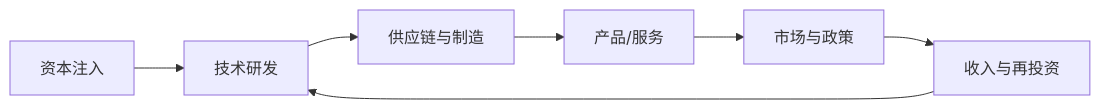
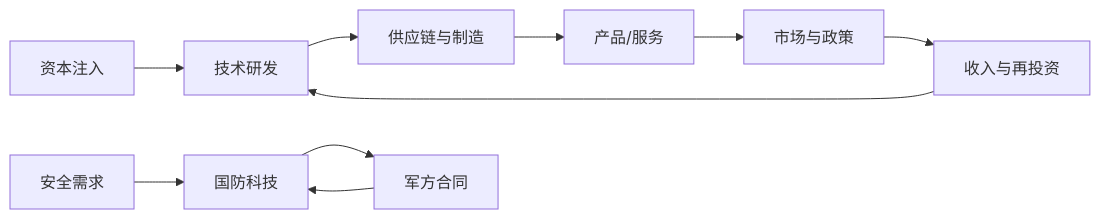
Before and after one commit to allengaller/awesome-startups: the tenth of 10 diagrams in .qoder/repowiki/zh/content/前沿科技/前沿科技.md, drawn with Mermaid. The commit also changed other lines of this file and 113 other files, not shown here.

````diff
--- a/.qoder/repowiki/zh/content/前沿科技/前沿科技.md
+++ b/.qoder/repowiki/zh/content/前沿科技/前沿科技.md
@@ -370,9 +445,12 @@
 ```mermaid
 graph LR
 Capital["资本注入"] --> Tech["技术研发"]
 Tech --> SupplyChain["供应链与制造"]
 SupplyChain --> Product["产品/服务"]
 Product --> Market["市场与政策"]
 Market --> Revenue["收入与再投资"]
 Revenue --> Tech
+Security["安全需求"] --> Defense["国防科技"]
+Defense --> Military["军方合同"]
+Military --> Defense
 ```
````
